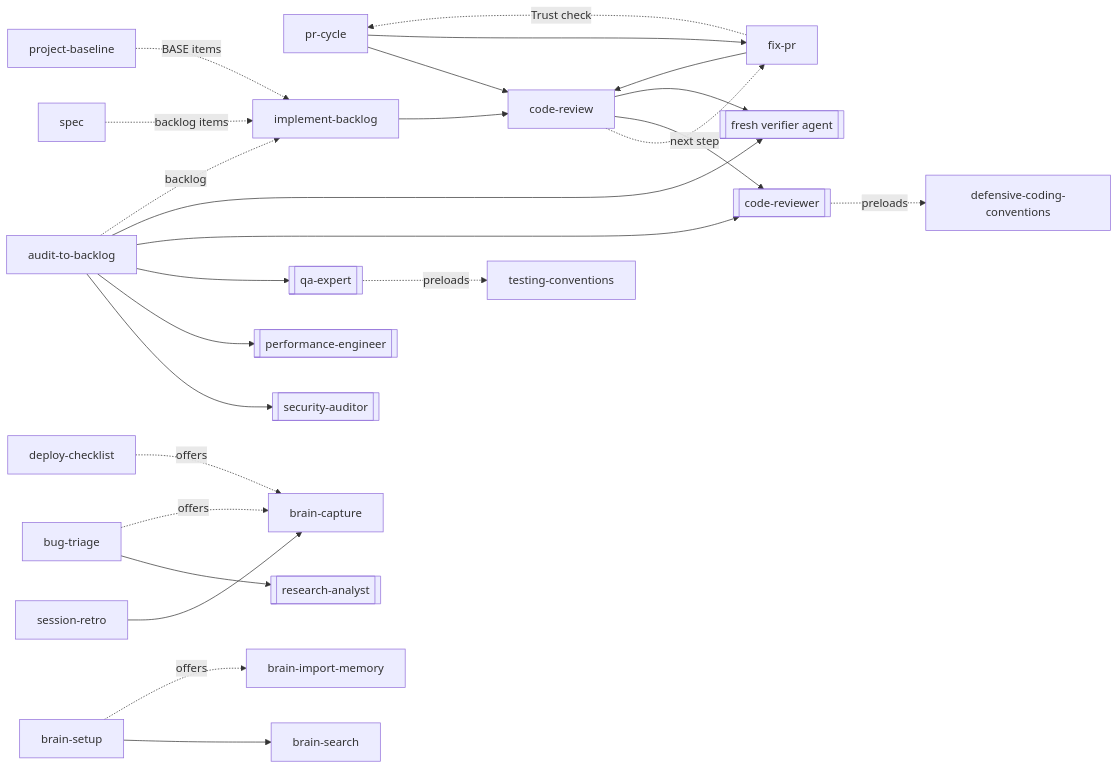
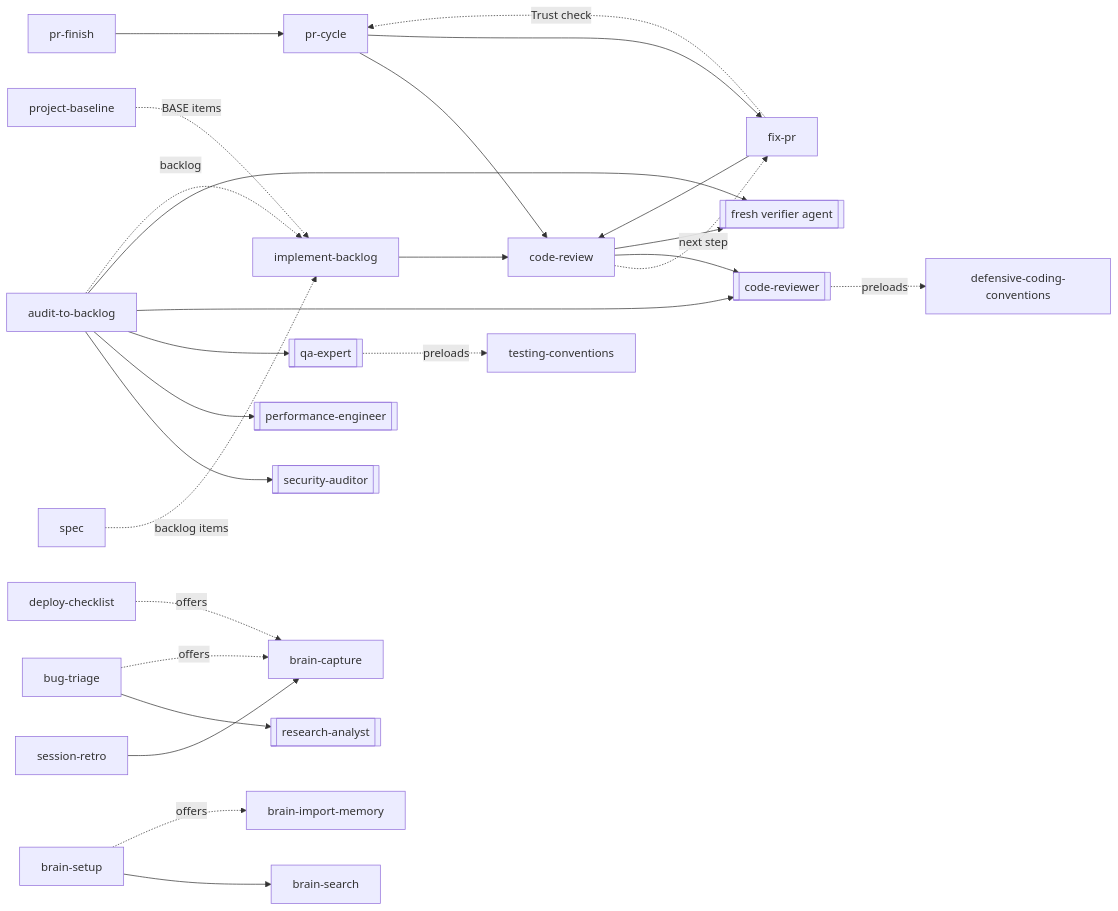
One commit to msolecki/developer-os changed the second of 2 diagrams in docs/architecture/overview.md. Above: the diagram before and after it, drawn with Mermaid. The commit also changed other lines of this file and 19 other files, not shown here.

````diff
--- a/docs/architecture/overview.md
+++ b/docs/architecture/overview.md
@@ -133,27 +133,28 @@
 ```mermaid
 flowchart LR
+  pr-finish --> pr-cycle
   pr-cycle --> code-review
   pr-cycle --> fix-pr
   fix-pr --> code-review
   code-review -. next step .-> fix-pr
   fix-pr -. Trust check .-> pr-cycle
   code-review --> code-reviewer[[code-reviewer]]
   code-review --> verifier[[fresh verifier agent]]
   audit-to-backlog --> security-auditor[[security-auditor]]
   audit-to-backlog --> performance-engineer[[performance-engineer]]
   audit-to-backlog --> qa-expert[[qa-expert]]
   audit-to-backlog --> code-reviewer
   audit-to-backlog --> verifier
   implement-backlog --> code-review
   bug-triage --> research-analyst[[research-analyst]]
   spec -. backlog items .-> implement-backlog
   audit-to-backlog -. backlog .-> implement-backlog
   project-baseline -. BASE items .-> implement-backlog
   session-retro --> brain-capture
   brain-setup --> brain-search
   brain-setup -. offers .-> brain-import-memory
   bug-triage -. offers .-> brain-capture
   deploy-checklist -. offers .-> brain-capture
   code-reviewer -. preloads .-> defensive-coding-conventions
   qa-expert -. preloads .-> testing-conventions
 ```
````
